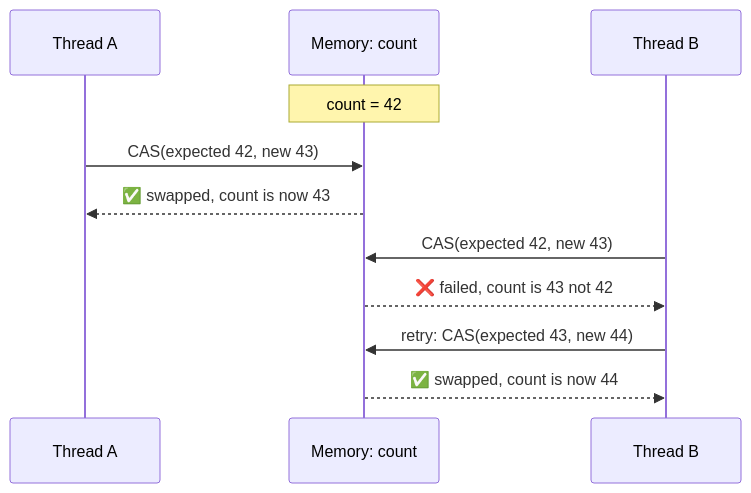
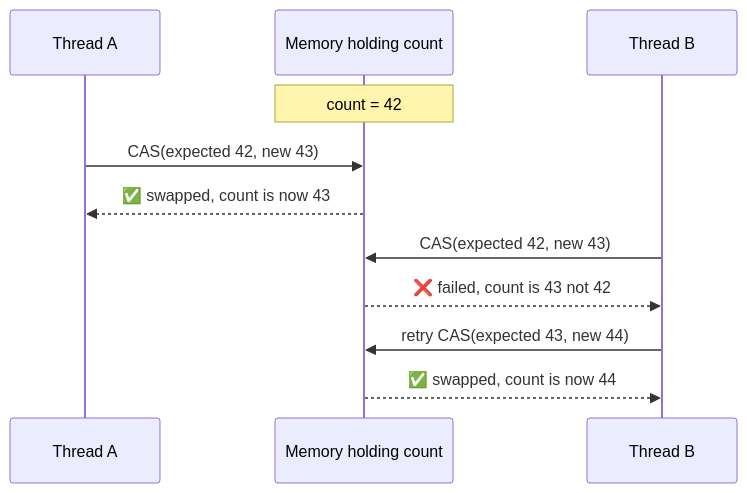
The fifth of 18 diagrams in docs/talk.md (joshuay03/raptor), drawn with Mermaid before and after one commit. The commit also changed other lines of this file and 3 other files, not shown here.

````diff
--- a/docs/talk.md
+++ b/docs/talk.md
@@ -455,14 +458,14 @@
 ```mermaid
 sequenceDiagram
     participant A as Thread A
-    participant M as Memory: count
+    participant M as Memory holding count
     participant B as Thread B
 
     Note over M: count = 42
     A->>M: CAS(expected 42, new 43)
     M-->>A: ✅ swapped, count is now 43
     B->>M: CAS(expected 42, new 43)
     M-->>B: ❌ failed, count is 43 not 42
-    B->>M: retry: CAS(expected 43, new 44)
+    B->>M: retry CAS(expected 43, new 44)
     M-->>B: ✅ swapped, count is now 44
 ```
````
